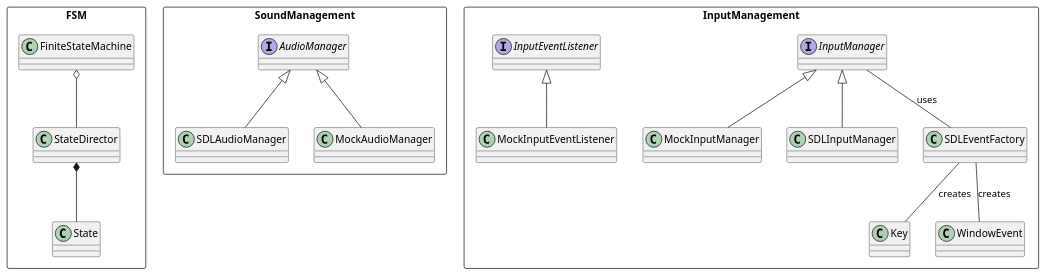
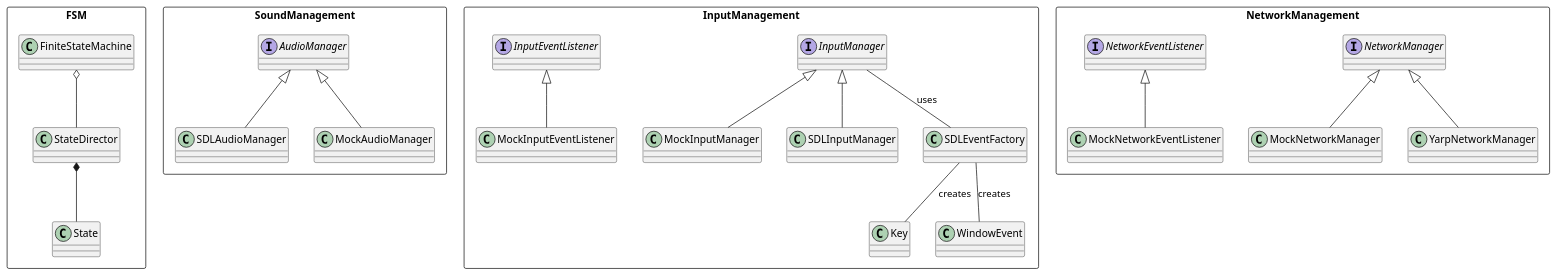
Before and after one commit to asrob-uc3m/robotDevastation-developer-manual: the diagram in en/general-architecture.md, drawn with PlantUML.

Commit message:
Updates en/general-architecture.md
Auto commit by GitBook Editor

```diff
--- a/en/general-architecture.md
+++ b/en/general-architecture.md
@@ -3,30 +3,39 @@
 {% plantuml %}
 package FSM <<Rectangle>> {
 FiniteStateMachine o-- StateDirector
 StateDirector *-- State
 }
 
 package SoundManagement <<Rectangle>> {
 interface AudioManager
 AudioManager <|-- SDLAudioManager
 AudioManager <|-- MockAudioManager
 }
 
 package InputManagement <<Rectangle>> {
 interface InputManager 
 InputManager <|-- MockInputManager
 InputManager <|-- SDLInputManager 
 
 interface InputEventListener
 InputEventListener <|-- MockInputEventListener
 
 class Key
 class WindowEvent
 class SDLEventFactory
 
 SDLEventFactory  -- Key : creates
 SDLEventFactory -- WindowEvent : creates
 InputManager -- SDLEventFactory : uses
 }
 
+package NetworkManagement <<Rectangle>> {
+interface NetworkManager
+NetworkManager <|-- MockNetworkManager
+NetworkManager <|-- YarpNetworkManager
+
+interface NetworkEventListener
+NetworkEventListener <|-- MockNetworkEventListener
+}
+
 {% endplantuml %}
```
